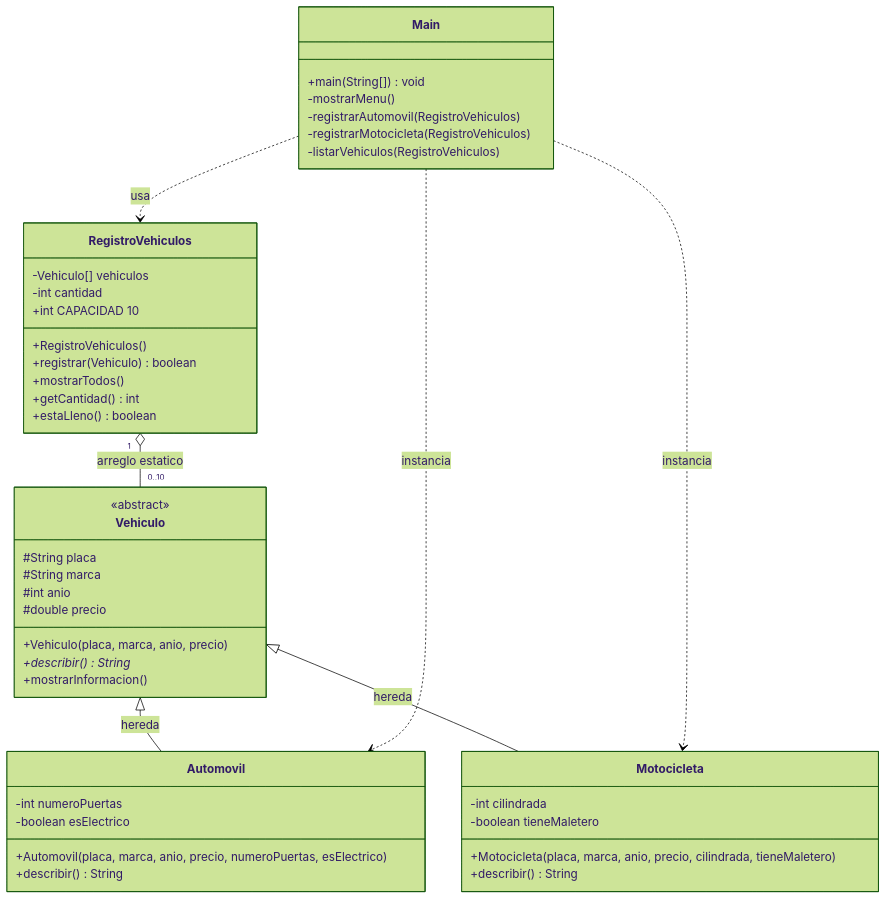
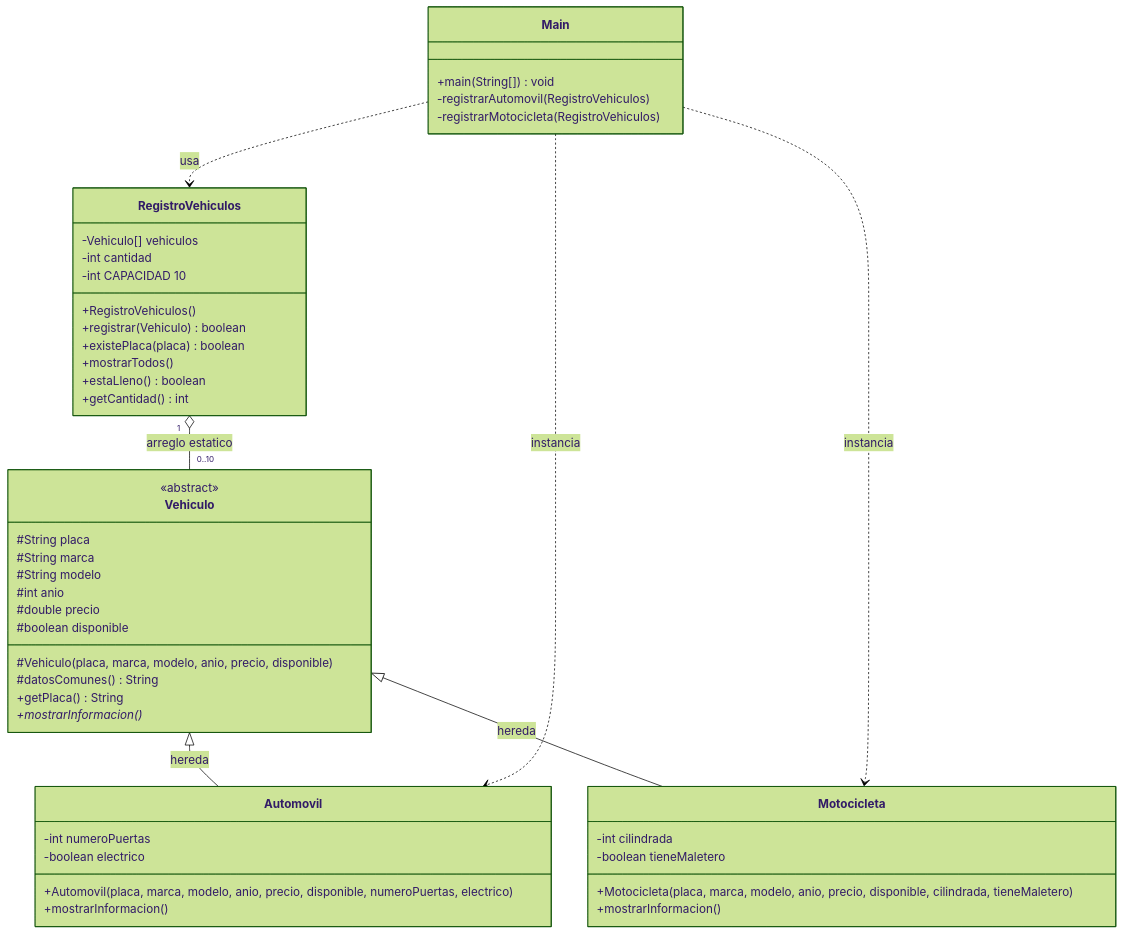
One commit to juanchicoyunda1234/TDA-Vehiculo changed the diagram in diagramas/diagrama-clases.md. Above: the diagram before and after it, drawn with Mermaid (forest theme). The commit also changed other lines of this file and 7 other files, not shown here.

Commit message:
Refactorizar y sincronizar codigo C++, renombrar Motocicleta.cpp y actualizar diagramas y README

````diff
--- a/diagramas/diagrama-clases.md
+++ b/diagramas/diagrama-clases.md
@@ -5,55 +5,57 @@
 ```mermaid
 classDiagram
     direction TB
 
     class Vehiculo {
         <<abstract>>
         #String placa
         #String marca
+        #String modelo
         #int anio
         #double precio
-        +Vehiculo(placa, marca, anio, precio)
-        +describir() String*
-        +mostrarInformacion()
+        #boolean disponible
+        #Vehiculo(placa, marca, modelo, anio, precio, disponible)
+        #datosComunes() String
+        +getPlaca() String
+        +mostrarInformacion()*
     }
 
     class Automovil {
         -int numeroPuertas
-        -boolean esElectrico
-        +Automovil(placa, marca, anio, precio, numeroPuertas, esElectrico)
-        +describir() String
+        -boolean electrico
+        +Automovil(placa, marca, modelo, anio, precio, disponible, numeroPuertas, electrico)
+        +mostrarInformacion()
     }
 
     class Motocicleta {
         -int cilindrada
         -boolean tieneMaletero
-        +Motocicleta(placa, marca, anio, precio, cilindrada, tieneMaletero)
-        +describir() String
+        +Motocicleta(placa, marca, modelo, anio, precio, disponible, cilindrada, tieneMaletero)
+        +mostrarInformacion()
     }
 
     class RegistroVehiculos {
         -Vehiculo[] vehiculos
         -int cantidad
-        +int CAPACIDAD 10
+        -int CAPACIDAD 10
         +RegistroVehiculos()
         +registrar(Vehiculo) boolean
+        +existePlaca(placa) boolean
         +mostrarTodos()
+        +estaLleno() boolean
         +getCantidad() int
-        +estaLleno() boolean
     }
 
     class Main {
         +main(String[]) void
-        -mostrarMenu()
         -registrarAutomovil(RegistroVehiculos)
         -registrarMotocicleta(RegistroVehiculos)
-        -listarVehiculos(RegistroVehiculos)
     }
 
     Vehiculo <|-- Automovil : hereda
     Vehiculo <|-- Motocicleta : hereda
     RegistroVehiculos "1" o-- "0..10" Vehiculo : arreglo estatico
     Main ..> RegistroVehiculos : usa
     Main ..> Automovil : instancia
     Main ..> Motocicleta : instancia
 ```
````
